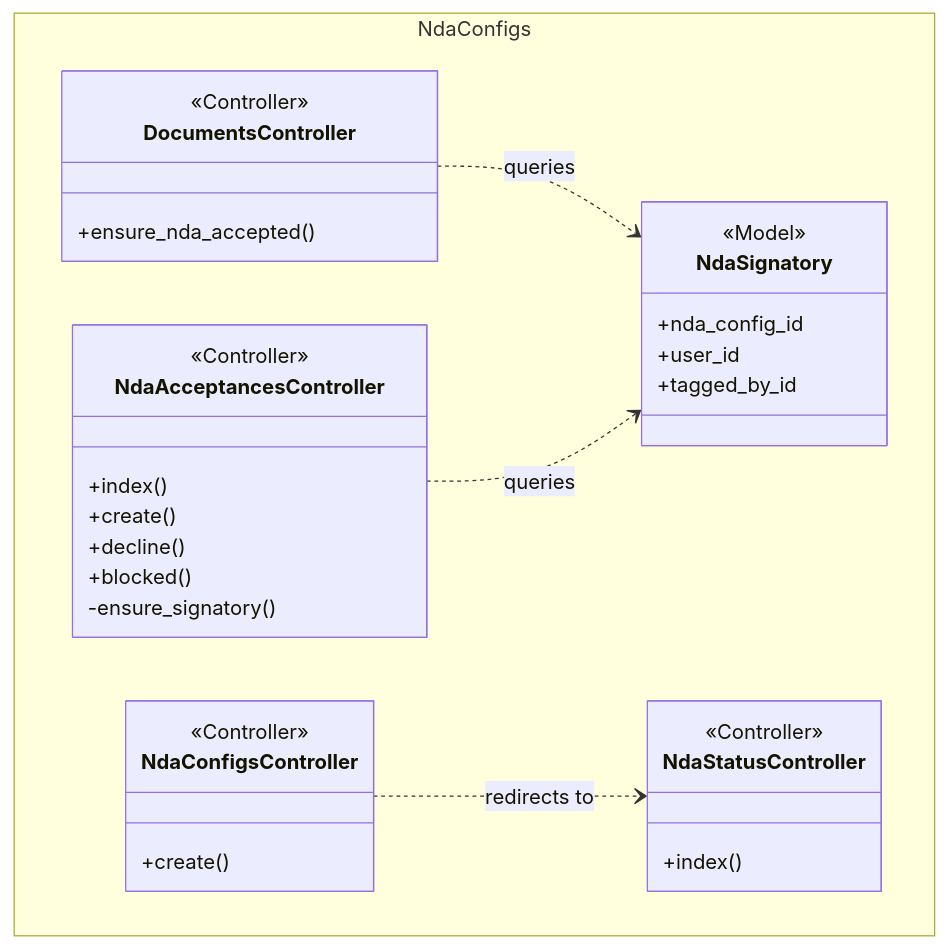
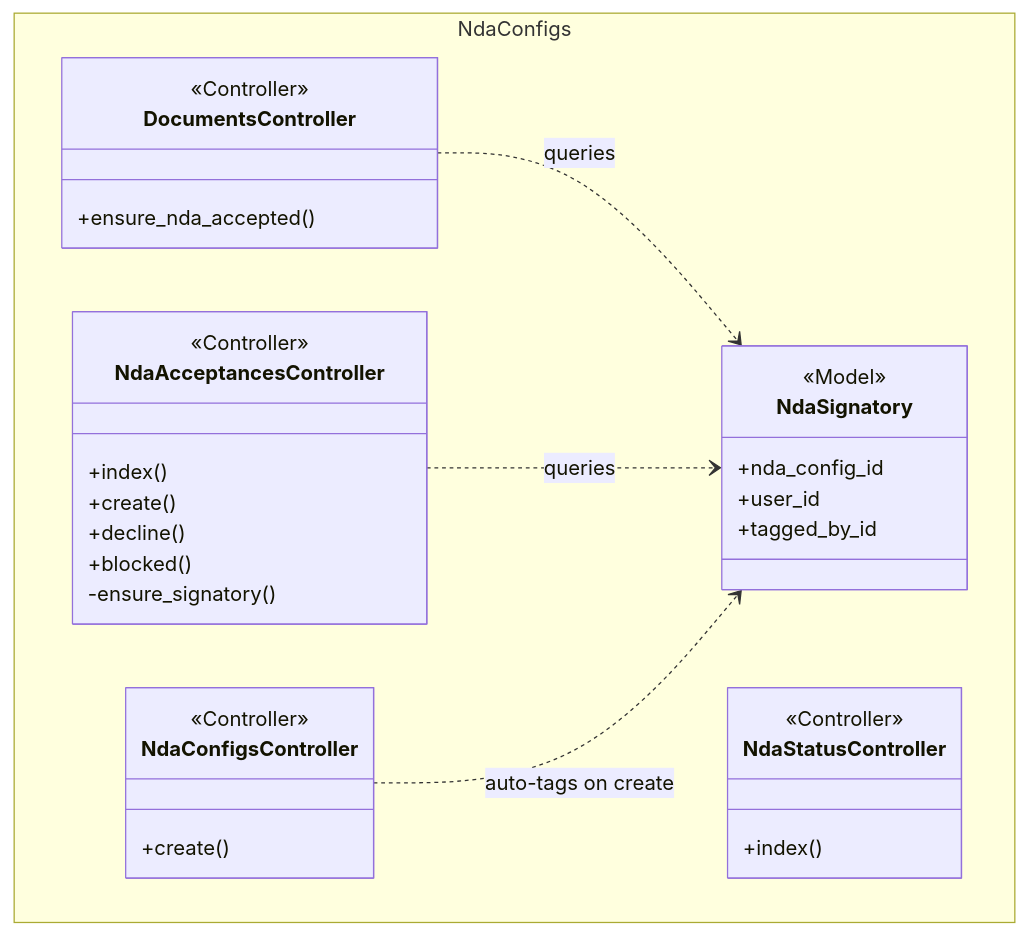
The fifth of 5 diagrams in openspec/changes/nda-module-9-enhancements/design.md (sampadadiwan/IRM_CompanyMain), drawn with Mermaid before and after one commit. The commit also changed other lines of this file and 3 other files, not shown here.

````diff
--- a/openspec/changes/nda-module-9-enhancements/design.md
+++ b/openspec/changes/nda-module-9-enhancements/design.md
@@ -467,35 +466,35 @@
 ```mermaid
 classDiagram
     namespace NdaConfigs {
         class DocumentsController {
             <<Controller>>
             +ensure_nda_accepted()
         }
         class NdaAcceptancesController {
             <<Controller>>
             +index()
             +create()
             +decline()
             +blocked()
             -ensure_signatory()
         }
         class NdaConfigsController {
             <<Controller>>
             +create()
         }
         class NdaStatusController {
             <<Controller>>
             +index()
         }
         class NdaSignatory {
             <<Model>>
             +nda_config_id
             +user_id
             +tagged_by_id
         }
     }
 
     DocumentsController ..> NdaSignatory : queries
     NdaAcceptancesController ..> NdaSignatory : queries
-    NdaConfigsController ..> NdaStatusController : redirects to
+    NdaConfigsController ..> NdaSignatory : auto-tags on create
 ```
````
